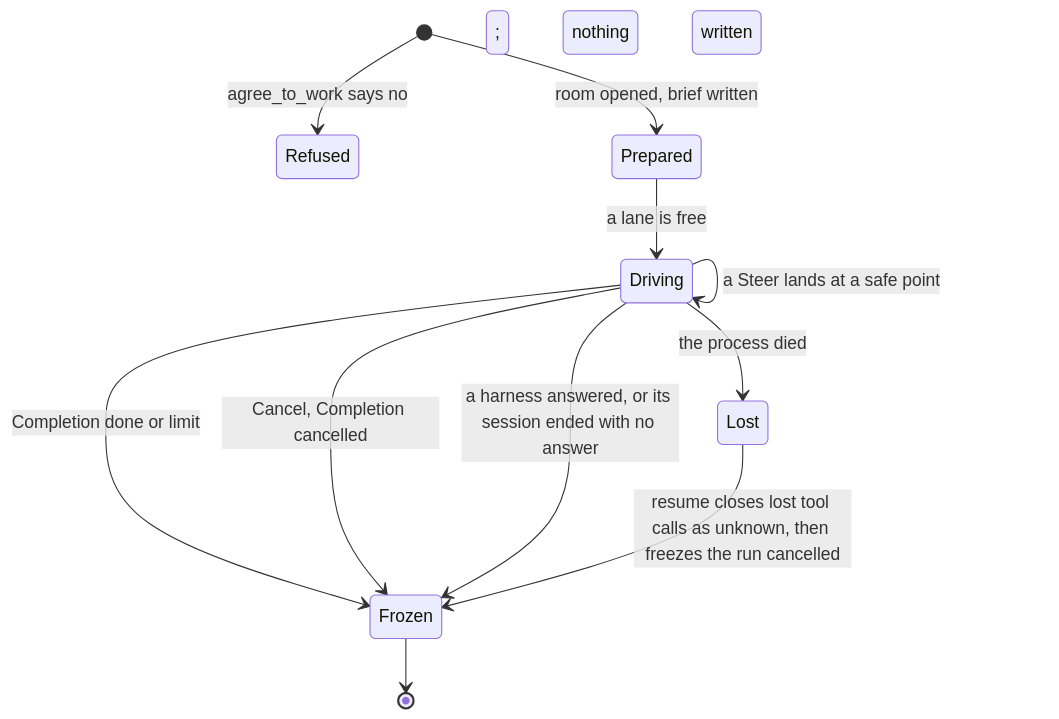
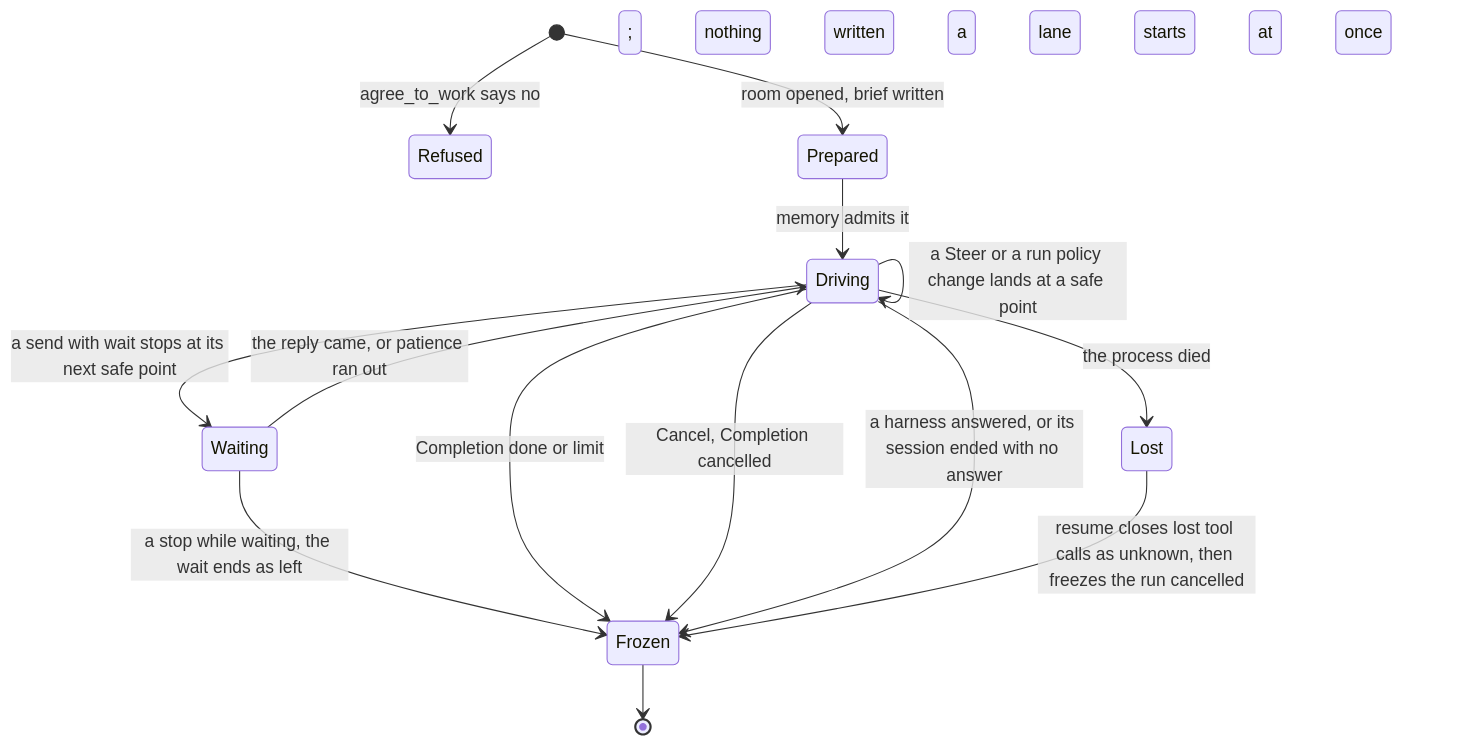
The seventh of 8 diagrams in ARCHITECTURE.md (2youg1/sprawling-agents), drawn with Mermaid before and after one commit. The commit also changed other lines of this file, not shown here.

Commit message:
card-S9.101H: the run's-life diagram shows the reply wait, and a lane that starts at once
Section 13.7 still drew Prepared to Driving as "a lane is free", which no
longer happens since the pool has no lane count (sprawling D34), and it had
no state for a run stopped on a waiting send. The diagram gains Waiting with
its three exits as collab D9 and D15 define them, and cites reply_wait.rs.

````diff
--- a/ARCHITECTURE.md
+++ b/ARCHITECTURE.md
@@ -1182,13 +1182,16 @@
 ```mermaid
 stateDiagram-v2
     [*] --> Refused: agree_to_work says no; nothing written
     [*] --> Prepared: room opened, brief written
-    Prepared --> Driving: a lane is free
-    Driving --> Driving: a Steer lands at a safe point
+    Prepared --> Driving: memory admits it; a lane starts at once
+    Driving --> Driving: a Steer or a run policy change lands at a safe point
+    Driving --> Waiting: a send with wait stops at its next safe point
+    Waiting --> Driving: the reply came, or patience ran out
+    Waiting --> Frozen: a stop while waiting, the wait ends as left
     Driving --> Frozen: Completion done or limit
     Driving --> Frozen: Cancel, Completion cancelled
     Driving --> Frozen: a harness answered, or its session ended with no answer
     Driving --> Lost: the process died
     Lost --> Frozen: resume closes lost tool calls as unknown, then freezes the run cancelled
     Frozen --> [*]
 ```
````
